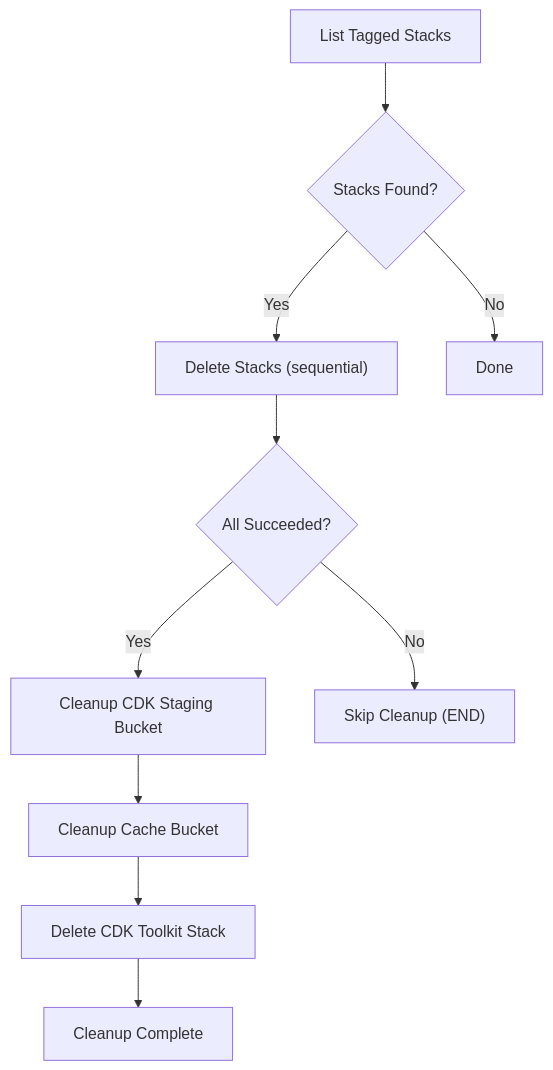
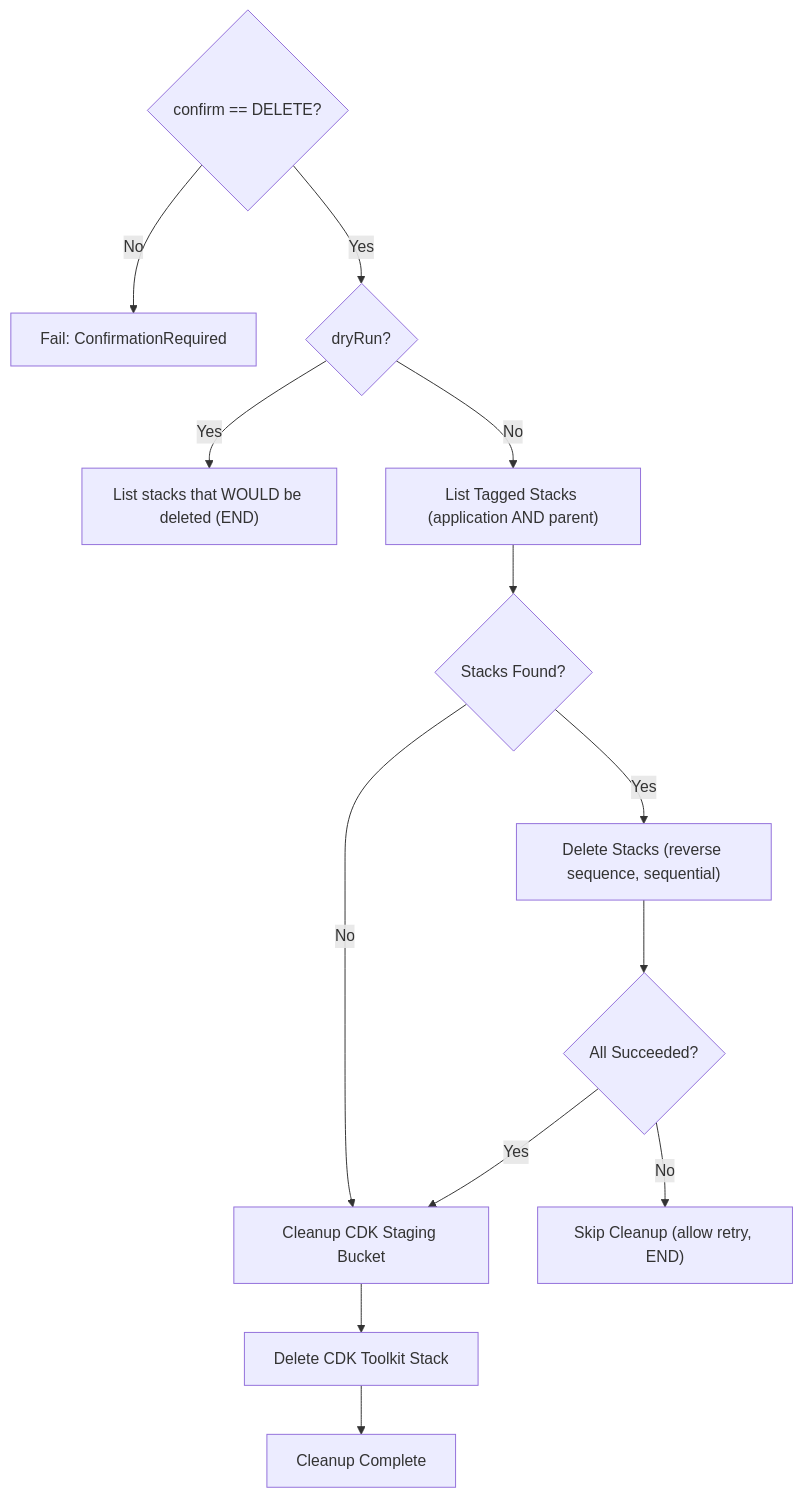
One commit to aws-samples/one-observability-demo changed the diagram in docs-site/docs/operations/cdk-cleanup.md. Above: the diagram before and after it, drawn with Mermaid. The commit also changed other lines of this file and 12 other files, not shown here.

````diff
--- a/docs-site/docs/operations/cdk-cleanup.md
+++ b/docs-site/docs/operations/cdk-cleanup.md
@@ -13,12 +29,15 @@
 ```mermaid
 flowchart TD
-    List["List Tagged Stacks"] --> Check{"Stacks Found?"}
-    Check -->|Yes| Delete["Delete Stacks (sequential)"]
-    Check -->|No| Done["Done"]
+    Confirm{"confirm == DELETE?"} -->|No| Fail["Fail: ConfirmationRequired"]
+    Confirm -->|Yes| Dry{"dryRun?"}
+    Dry -->|Yes| Preview["List stacks that WOULD be deleted (END)"]
+    Dry -->|No| List["List Tagged Stacks (application AND parent)"]
+    List --> Check{"Stacks Found?"}
+    Check -->|Yes| Delete["Delete Stacks (reverse sequence, sequential)"]
+    Check -->|No| Staging["Cleanup CDK Staging Bucket"]
     Delete --> Eval{"All Succeeded?"}
-    Eval -->|Yes| Staging["Cleanup CDK Staging Bucket"]
-    Eval -->|No| Skip["Skip Cleanup (END)"]
-    Staging --> Cache["Cleanup Cache Bucket"]
-    Cache --> Toolkit["Delete CDK Toolkit Stack"]
+    Eval -->|Yes| Staging
+    Eval -->|No| Skip["Skip Cleanup (allow retry, END)"]
+    Staging --> Toolkit["Delete CDK Toolkit Stack"]
     Toolkit --> Complete["Cleanup Complete"]
 ```
````
